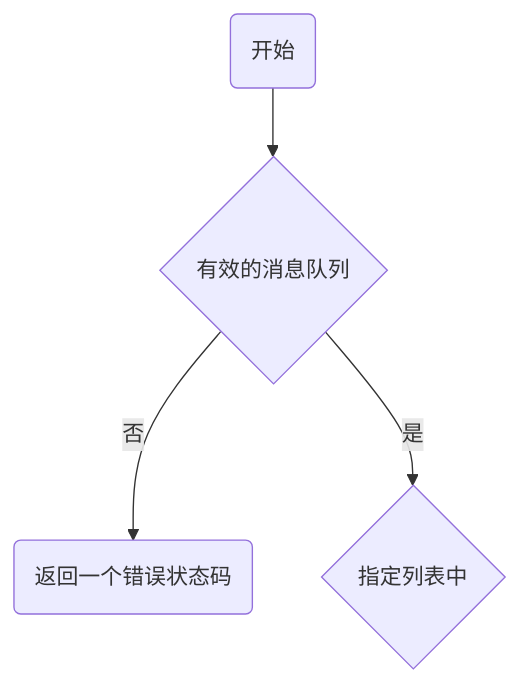
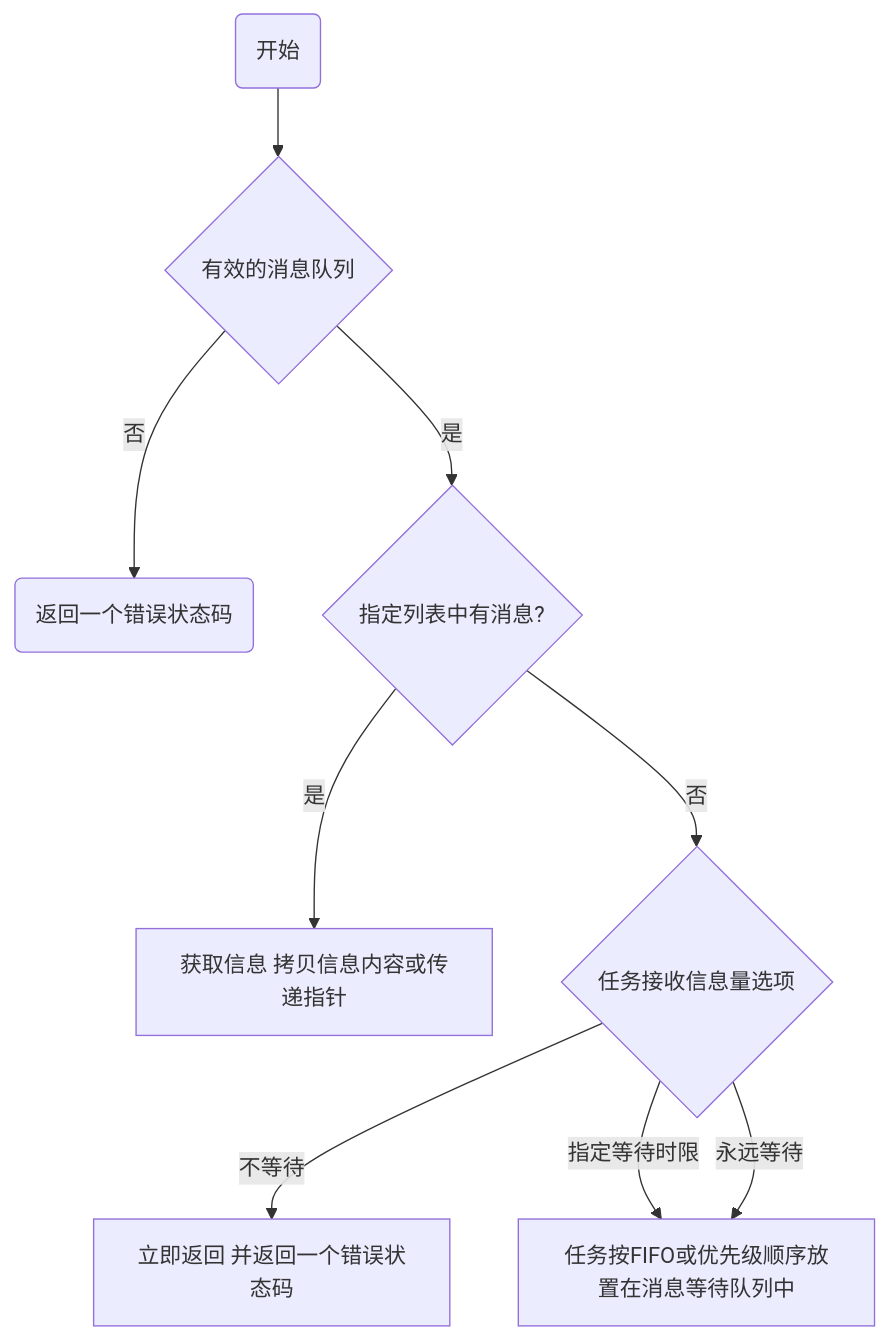
The fourth of 6 diagrams in 嵌入式系统及应用/同步、互斥与通信.md (marktlen/Notebook_class-notes), drawn with Mermaid before and after one commit. The commit also changed 2 other files, not shown here.

````diff
--- a/嵌入式系统及应用/同步、互斥与通信.md
+++ b/嵌入式系统及应用/同步、互斥与通信.md
@@ -567,6 +567,12 @@
 ```mermaid
 graph TB
 a(开始) --> b{有效的消息队列}
 b --否--> c(返回一个错误状态码)
-b --是--> c2{指定列表中}
+b --是--> c2{指定列表中有消息?}
+c2 --是--> d1[获取信息 拷贝信息内容或传递指针]
+c2 --否--> d2{任务接收信息量选项}
+d2 --不等待--> e1[立即返回 并返回一个错误状态码]
+d2 --指定等待时限--> e2[任务按FIFO或优先级顺序放置在消息等待队列中]
+d2 --永远等待--> e2
+
 ```
````
